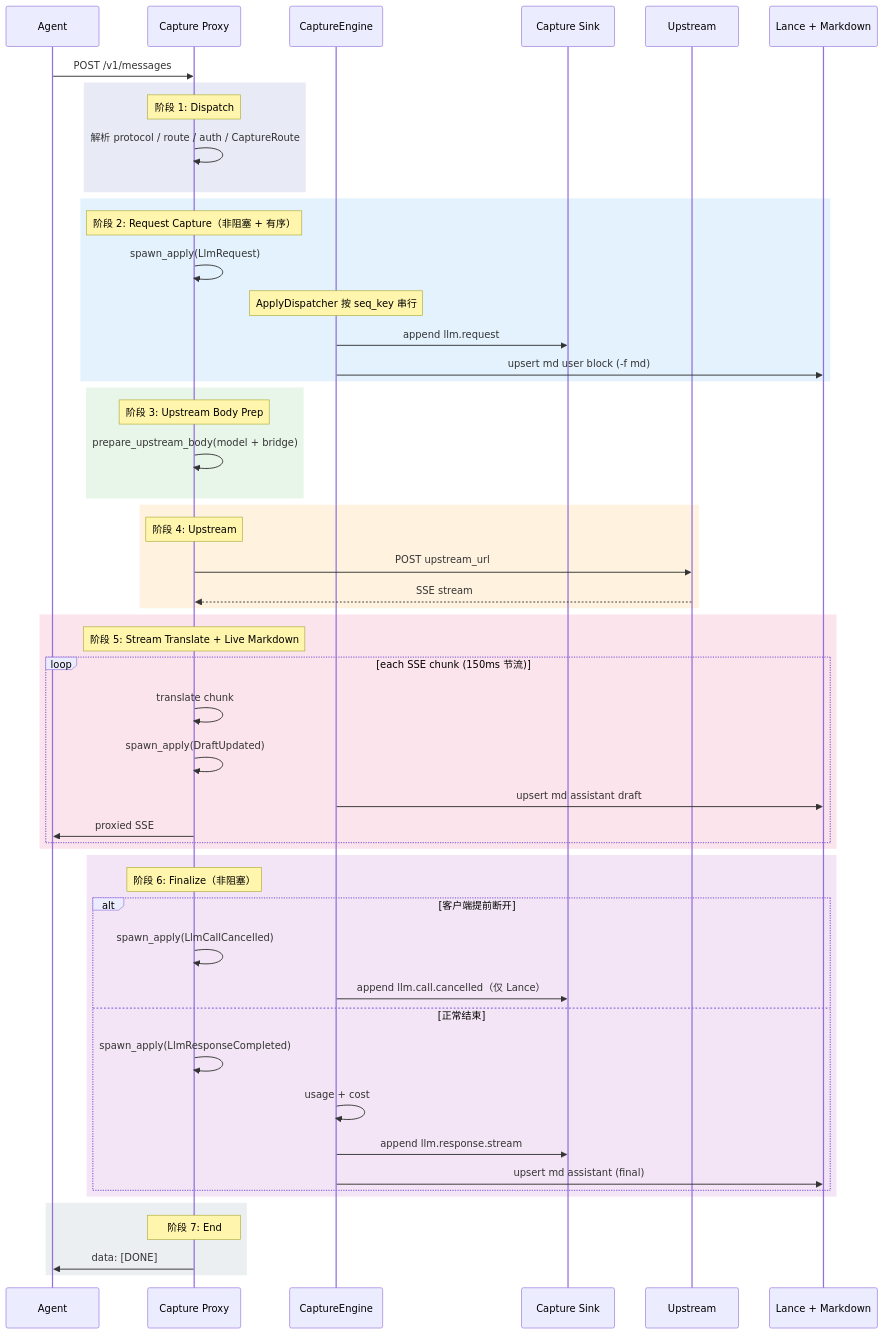
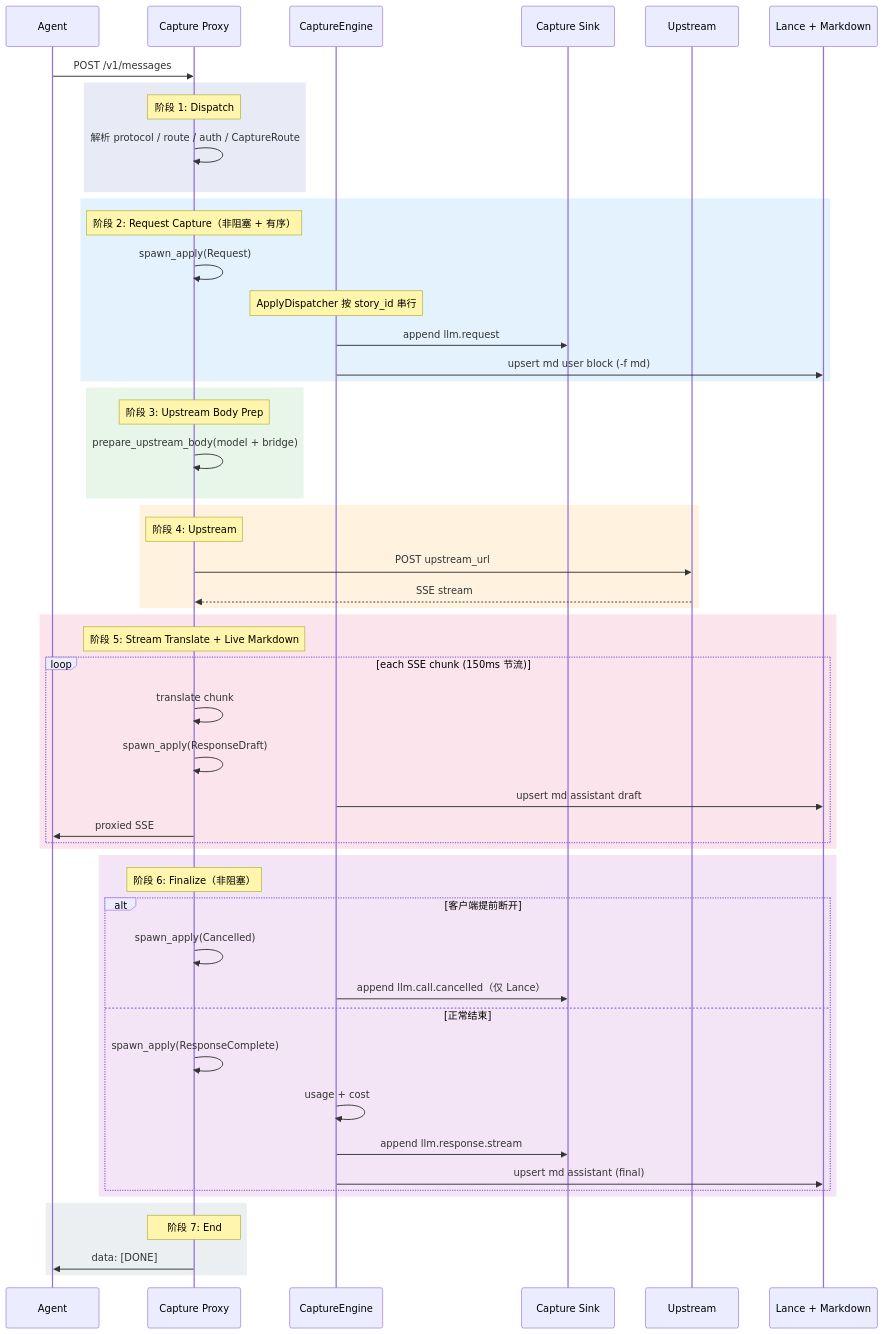
Before and after one commit to DeepLink-org/Persisting: the second of 6 diagrams in docs/src/design/capture_design.zh.md, drawn with Mermaid. The commit also changed other lines of this file and 43 other files, not shown here.

````diff
--- a/docs/src/design/capture_design.zh.md
+++ b/docs/src/design/capture_design.zh.md
@@ -217,63 +221,63 @@
 ```mermaid
 sequenceDiagram
     participant Agent
     participant Proxy as Capture Proxy
     participant Engine as CaptureEngine
     participant Sink as Capture Sink
     participant Upstream
     participant Storage as Lance + Markdown
 
     Agent->>Proxy: POST /v1/messages
 
     rect rgb(232, 234, 246)
         Note over Proxy: 阶段 1: Dispatch
         Proxy->>Proxy: 解析 protocol / route / auth / CaptureRoute
     end
 
     rect rgb(227, 242, 253)
         Note over Proxy: 阶段 2: Request Capture（非阻塞 + 有序）
-        Proxy->>Proxy: spawn_apply(LlmRequest)
-        Note over Engine: ApplyDispatcher 按 seq_key 串行
+        Proxy->>Proxy: spawn_apply(Request)
+        Note over Engine: ApplyDispatcher 按 story_id 串行
         Engine->>Sink: append llm.request
         Engine->>Storage: upsert md user block (-f md)
     end
 
     rect rgb(232, 245, 233)
         Note over Proxy: 阶段 3: Upstream Body Prep
         Proxy->>Proxy: prepare_upstream_body(model + bridge)
     end
 
     rect rgb(255, 243, 224)
         Note over Proxy: 阶段 4: Upstream
         Proxy->>Upstream: POST upstream_url
         Upstream-->>Proxy: SSE stream
     end
 
     rect rgb(252, 228, 236)
         Note over Proxy: 阶段 5: Stream Translate + Live Markdown
         loop each SSE chunk (150ms 节流)
             Proxy->>Proxy: translate chunk
-            Proxy->>Proxy: spawn_apply(DraftUpdated)
+            Proxy->>Proxy: spawn_apply(ResponseDraft)
             Engine->>Storage: upsert md assistant draft
             Proxy->>Agent: proxied SSE
         end
     end
 
     rect rgb(243, 229, 245)
         Note over Proxy: 阶段 6: Finalize（非阻塞）
         alt 客户端提前断开
-            Proxy->>Proxy: spawn_apply(LlmCallCancelled)
+            Proxy->>Proxy: spawn_apply(Cancelled)
             Engine->>Sink: append llm.call.cancelled（仅 Lance）
         else 正常结束
-            Proxy->>Proxy: spawn_apply(LlmResponseCompleted)
+            Proxy->>Proxy: spawn_apply(ResponseComplete)
             Engine->>Engine: usage + cost
             Engine->>Sink: append llm.response.stream
             Engine->>Storage: upsert md assistant (final)
         end
     end
 
     rect rgb(236, 239, 241)
         Note over Proxy: 阶段 7: End
         Proxy->>Agent: data: [DONE]
     end
 ```
````
